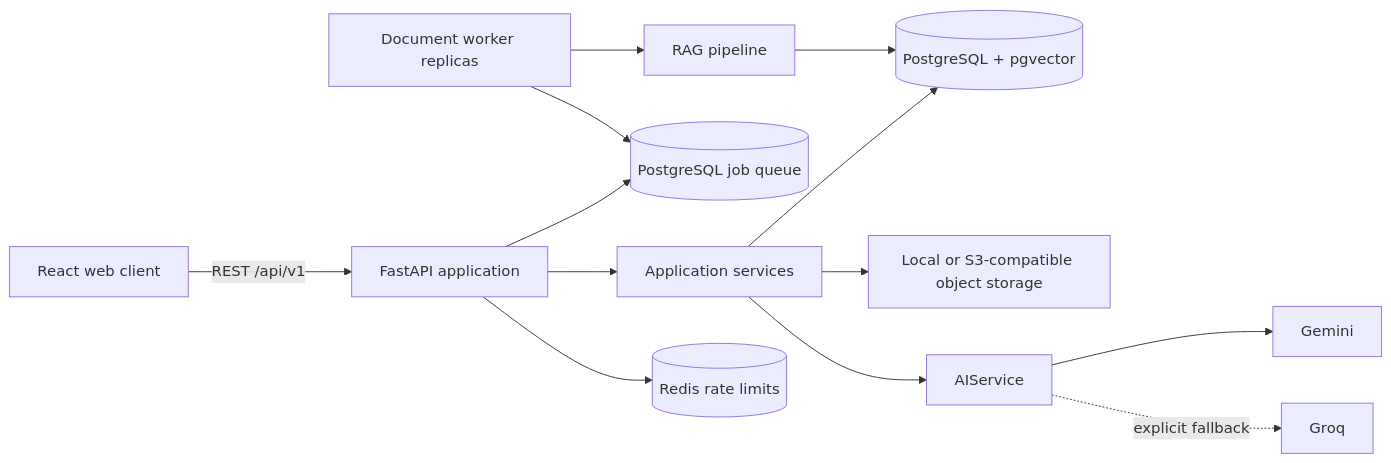
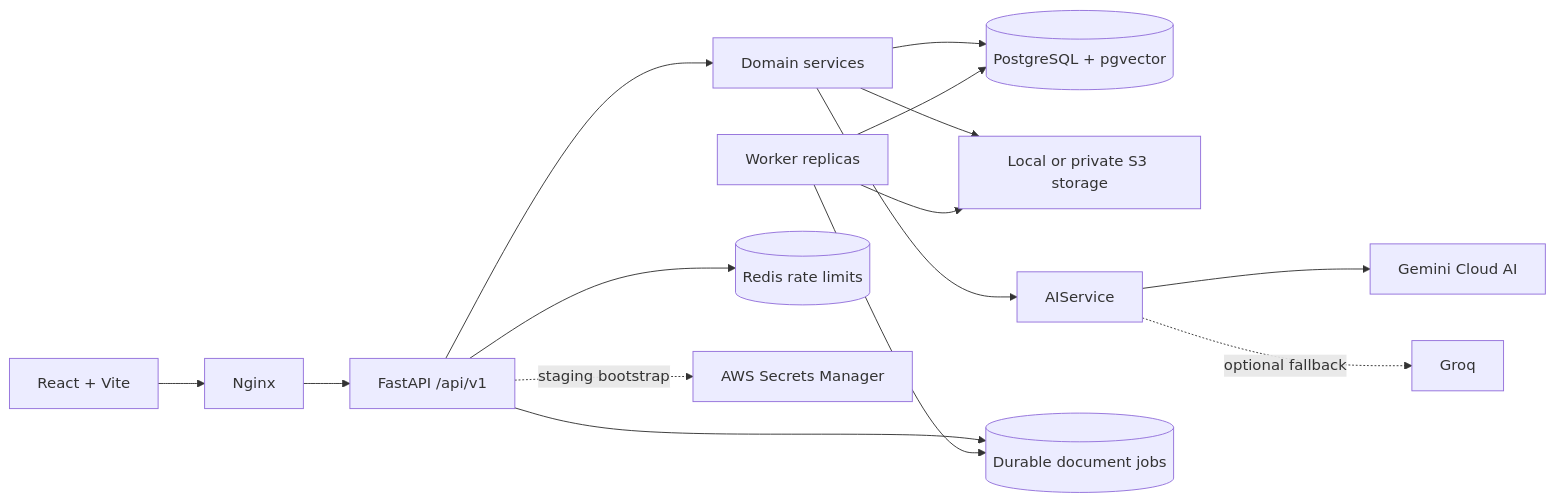
One commit to Leandrosp9/webapp-workflix changed the diagram in README.md. Above: the diagram before and after it, drawn with Mermaid. The commit also changed other lines of this file and 23 other files, not shown here.

````diff
--- a/README.md
+++ b/README.md
@@ -89,15 +78,17 @@
 ```mermaid
 flowchart LR
-    Browser[React web client] -->|REST /api/v1| API[FastAPI application]
-    API --> Services[Application services]
-    API --> Queue[(PostgreSQL job queue)]
-    Worker[Document worker replicas] --> Queue
-    Worker --> RAG[RAG pipeline]
+    Browser[React + Vite] --> Nginx[Nginx]
+    Nginx --> API[FastAPI /api/v1]
+    API --> Services[Domain services]
     Services --> DB[(PostgreSQL + pgvector)]
-    Services --> Storage[Local or S3-compatible object storage]
+    Services --> Storage[Local or private S3 storage]
+    Services --> AI[AIService]
+    AI --> Gemini[Gemini Cloud AI]
+    AI -. optional fallback .-> Groq[Groq]
+    API --> Queue[(Durable document jobs)]
+    Worker[Worker replicas] --> Queue
+    Worker --> Storage
+    Worker --> DB
     API --> Redis[(Redis rate limits)]
-    Services --> AI[AIService]
-    AI --> Gemini[Gemini]
-    AI -. explicit fallback .-> Groq[Groq]
-    RAG --> DB
+    API -. staging bootstrap .-> Secrets[AWS Secrets Manager]
 ```
````
